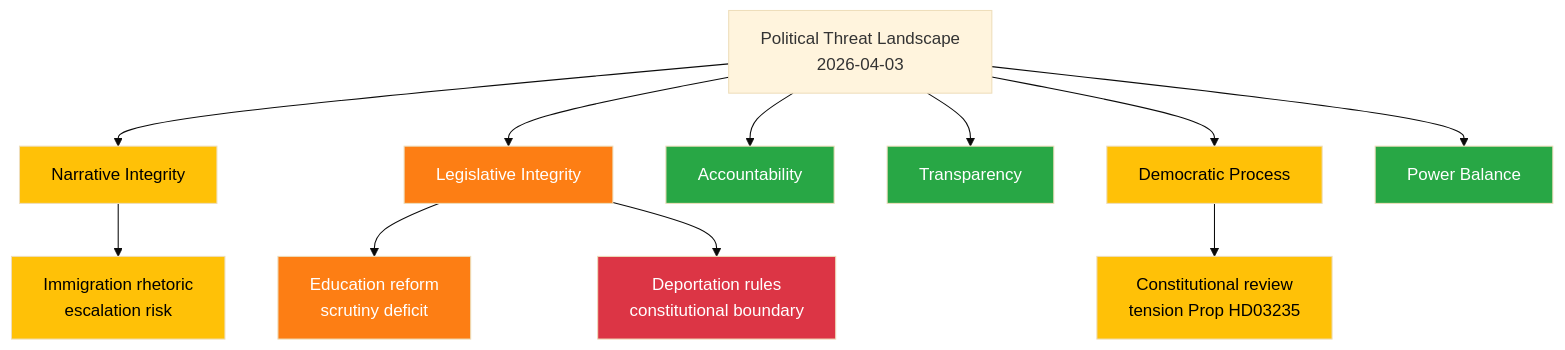
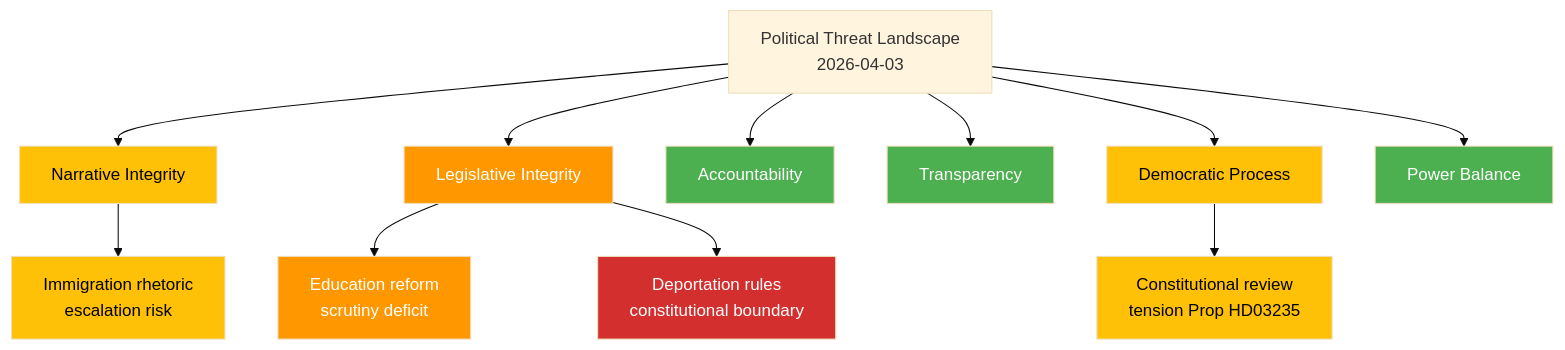
The diagram in analysis/daily/2026-04-03/evening-analysis/threat-analysis.md (Hack23/riksdagsmonitor), drawn with Mermaid (base theme) before and after one commit. The commit also changed 785 other files, not shown here.

First line of the commit message:
Normalize mermaid colors across 786 analysis artifacts to ISMS Style Guide palette

````diff
--- a/analysis/daily/2026-04-03/evening-analysis/threat-analysis.md
+++ b/analysis/daily/2026-04-03/evening-analysis/threat-analysis.md
@@ -11,23 +11,23 @@
 ```mermaid
 graph TD
     A[Political Threat Landscape<br/>2026-04-03] --> NI[Narrative Integrity]
     A --> LI[Legislative Integrity]
     A --> AC[Accountability]
     A --> TR[Transparency]
     A --> DP[Democratic Process]
     A --> PB[Power Balance]
     NI --> NI1[Immigration rhetoric<br/>escalation risk]
     LI --> LI1[Education reform<br/>scrutiny deficit]
     LI --> LI2[Deportation rules<br/>constitutional boundary]
     DP --> DP1[Constitutional review<br/>tension Prop HD03235]
-    style NI fill:#ffc107,color:#000
-    style LI fill:#fd7e14,color:#fff
-    style AC fill:#28a745,color:#fff
-    style TR fill:#28a745,color:#fff
-    style DP fill:#ffc107,color:#000
-    style PB fill:#28a745,color:#fff
-    style NI1 fill:#ffc107,color:#000
-    style LI1 fill:#fd7e14,color:#fff
-    style LI2 fill:#dc3545,color:#fff
-    style DP1 fill:#ffc107,color:#000
+    style NI fill:#FFC107,color:#000000
+    style LI fill:#FF9800,color:#FFFFFF
+    style AC fill:#4CAF50,color:#FFFFFF
+    style TR fill:#4CAF50,color:#FFFFFF
+    style DP fill:#FFC107,color:#000000
+    style PB fill:#4CAF50,color:#FFFFFF
+    style NI1 fill:#FFC107,color:#000000
+    style LI1 fill:#FF9800,color:#FFFFFF
+    style LI2 fill:#D32F2F,color:#FFFFFF
+    style DP1 fill:#FFC107,color:#000000
 ```
````
